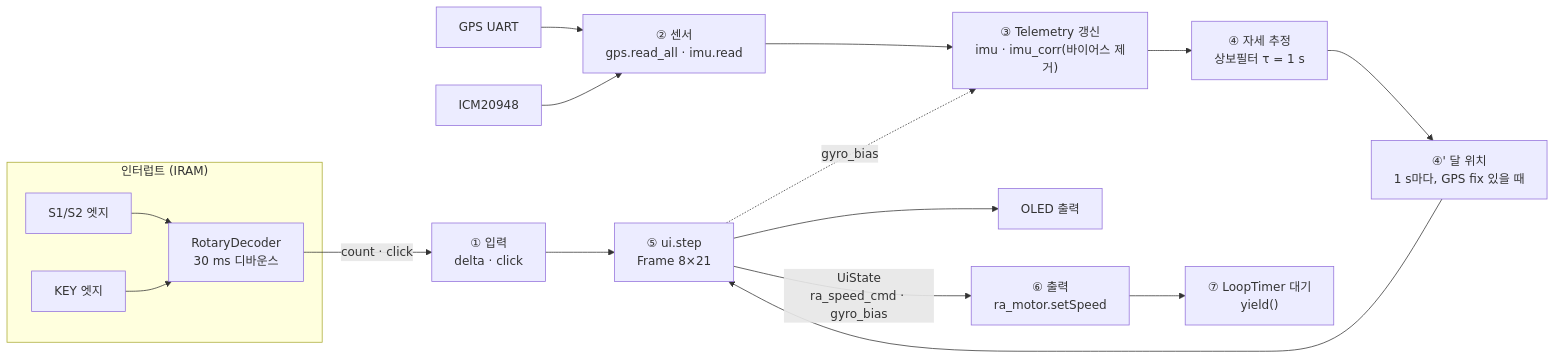
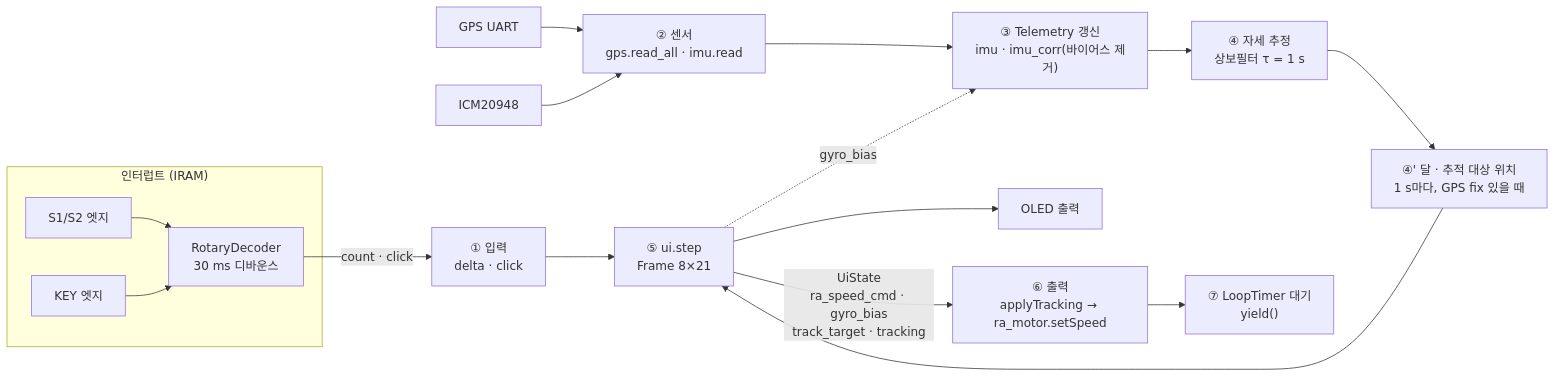
One commit to Kimbyung-wook/EspGotoTelescope changed the second of 3 diagrams in docs/architecture/ARCHITECTURE.md. Above: the diagram before and after it, drawn with Mermaid. The commit also changed other lines of this file and 21 other files, not shown here.

````diff
--- a/docs/architecture/ARCHITECTURE.md
+++ b/docs/architecture/ARCHITECTURE.md
@@ -124,20 +124,20 @@
 ```mermaid
 flowchart LR
   subgraph ISR["인터럽트 (IRAM)"]
     E1["S1/S2 엣지"] --> DEC["RotaryDecoder<br/>30 ms 디바운스"]
     E2["KEY 엣지"] --> DEC
   end
 
   DEC -- "count · click" --> IN["① 입력<br/>delta · click"]
   GPSDEV["GPS UART"] --> SEN["② 센서<br/>gps.read_all · imu.read"]
   IMUDEV["ICM20948"] --> SEN
   SEN --> TEL["③ Telemetry 갱신<br/>imu · imu_corr(바이어스 제거)"]
   TEL --> ESTI["④ 자세 추정<br/>상보필터 τ = 1 s"]
-  ESTI --> MOON["④' 달 위치<br/>1 s마다, GPS fix 있을 때"]
+  ESTI --> MOON["④' 달 · 추적 대상 위치<br/>1 s마다, GPS fix 있을 때"]
   MOON --> UISTEP["⑤ ui.step<br/>Frame 8×21"]
   IN --> UISTEP
   UISTEP --> DISP["OLED 출력"]
-  UISTEP -- "UiState<br/>ra_speed_cmd · gyro_bias" --> OUT["⑥ 출력<br/>ra_motor.setSpeed"]
+  UISTEP -- "UiState<br/>ra_speed_cmd · gyro_bias<br/>track_target · tracking" --> OUT["⑥ 출력<br/>applyTracking → ra_motor.setSpeed"]
   UISTEP -. "gyro_bias" .-> TEL
   OUT --> WAIT["⑦ LoopTimer 대기<br/>yield()"]
 ```
````
